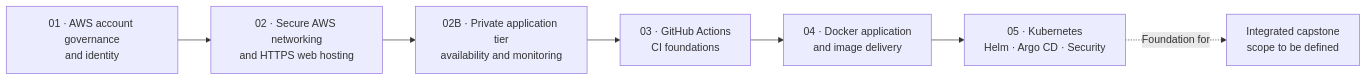
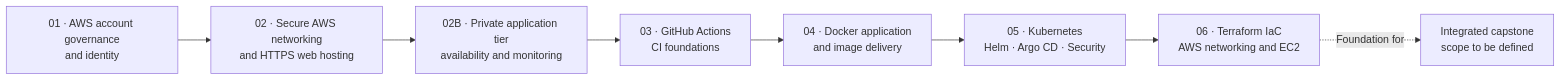
One commit to ops-vince/-Vinceops-cloud- changed the diagram in README.md. Above: the diagram before and after it, drawn with Mermaid. The commit also changed other lines of this file and 18 other files, not shown here.

````diff
--- a/README.md
+++ b/README.md
@@ -37,9 +39,10 @@
 ```mermaid
 flowchart LR
   GOV["01 · AWS account governance<br/>and identity"] --> NET["02 · Secure AWS networking<br/>and HTTPS web hosting"]
   NET --> PRIVATE["02B · Private application tier<br/>availability and monitoring"]
   PRIVATE --> CI["03 · GitHub Actions<br/>CI foundations"]
   CI --> DOCKER["04 · Docker application<br/>and image delivery"]
   DOCKER --> K8S["05 · Kubernetes<br/>Helm · Argo CD · Security"]
-  K8S -. "Foundation for" .-> CAP["Integrated capstone<br/>scope to be defined"]
+  K8S --> IAC["06 · Terraform IaC<br/>AWS networking and EC2"]
+  IAC -. "Foundation for" .-> CAP["Integrated capstone<br/>scope to be defined"]
 ```
````
